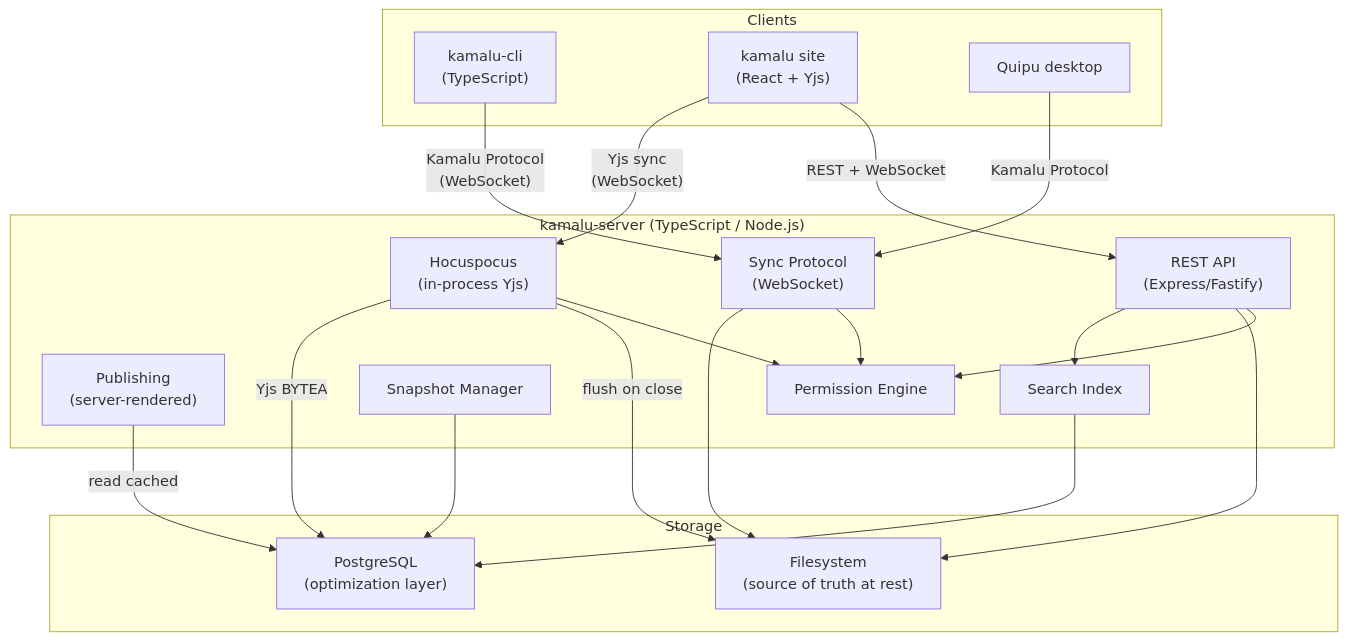
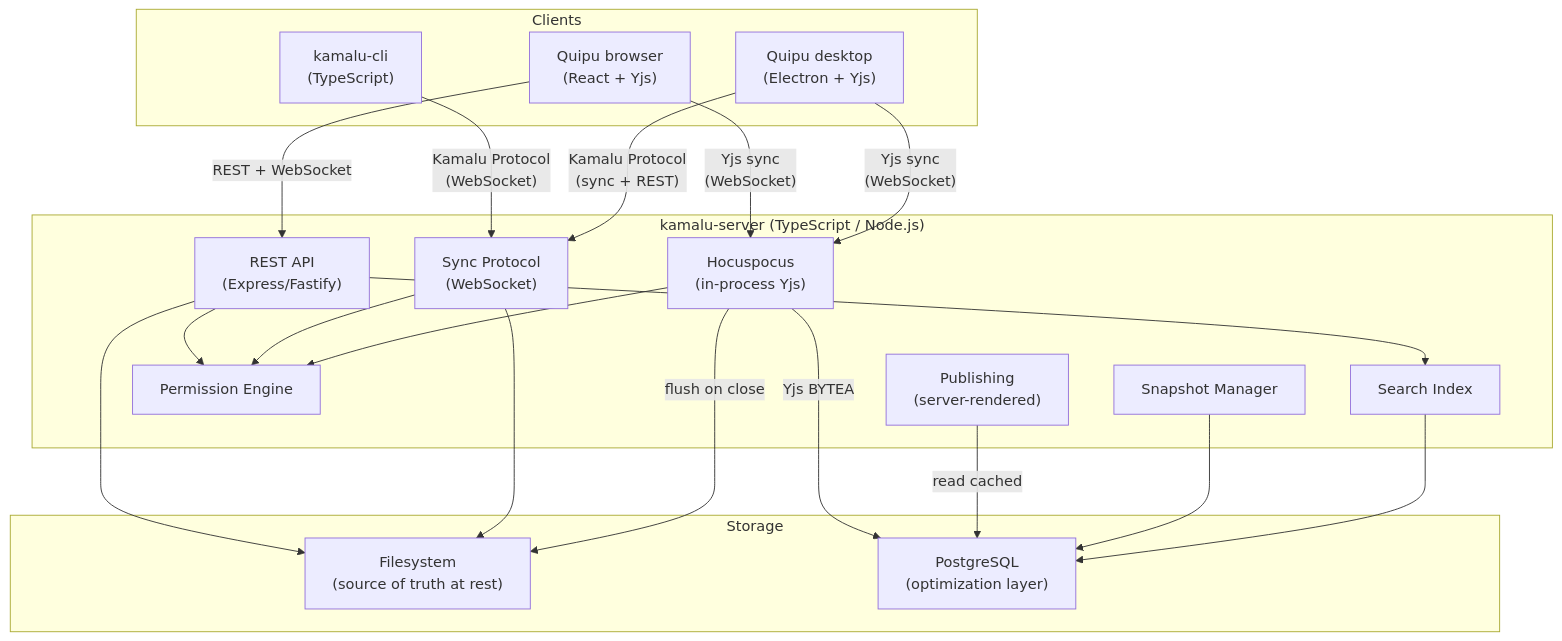
One commit to usequipu/quipu changed the diagram in docs/plans/2026-04-02-003-feat-kamalu-knowledge-platform-plan.md. Above: the diagram before and after it, drawn with Mermaid. The commit also changed other lines of this file and 45 other files, not shown here.

````diff
--- a/docs/plans/2026-04-02-003-feat-kamalu-knowledge-platform-plan.md
+++ b/docs/plans/2026-04-02-003-feat-kamalu-knowledge-platform-plan.md
@@ -122,42 +124,43 @@
 ```mermaid
 graph TB
     subgraph "Clients"
         CLI["kamalu-cli<br/>(TypeScript)"]
-        WEB["kamalu site<br/>(React + Yjs)"]
-        QUIPU["Quipu desktop"]
+        QUIPU_B["Quipu browser<br/>(React + Yjs)"]
+        QUIPU_D["Quipu desktop<br/>(Electron + Yjs)"]
     end
 
     subgraph "kamalu-server (TypeScript / Node.js)"
         REST["REST API<br/>(Express/Fastify)"]
         SYNC["Sync Protocol<br/>(WebSocket)"]
         HOCUS["Hocuspocus<br/>(in-process Yjs)"]
         PUB["Publishing<br/>(server-rendered)"]
         PERM["Permission Engine"]
         SNAP["Snapshot Manager"]
         SEARCH["Search Index"]
     end
 
     subgraph "Storage"
         FS["Filesystem<br/>(source of truth at rest)"]
         PG["PostgreSQL<br/>(optimization layer)"]
     end
 
     CLI -->|"Kamalu Protocol<br/>(WebSocket)"| SYNC
-    WEB -->|"REST + WebSocket"| REST
-    WEB -->|"Yjs sync<br/>(WebSocket)"| HOCUS
-    QUIPU -->|"Kamalu Protocol"| SYNC
+    QUIPU_B -->|"REST + WebSocket"| REST
+    QUIPU_B -->|"Yjs sync<br/>(WebSocket)"| HOCUS
+    QUIPU_D -->|"Kamalu Protocol<br/>(sync + REST)"| SYNC
+    QUIPU_D -->|"Yjs sync<br/>(WebSocket)"| HOCUS
 
     REST --> PERM
     SYNC --> PERM
     HOCUS --> PERM
 
     REST --> FS
     SYNC --> FS
     HOCUS -->|"flush on close"| FS
     HOCUS -->|"Yjs BYTEA"| PG
     PUB -->|"read cached"| PG
 
     SNAP --> PG
     SEARCH --> PG
     REST --> SEARCH
 ```
````
